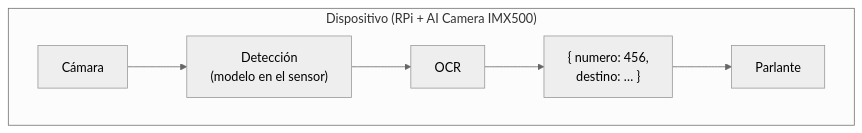
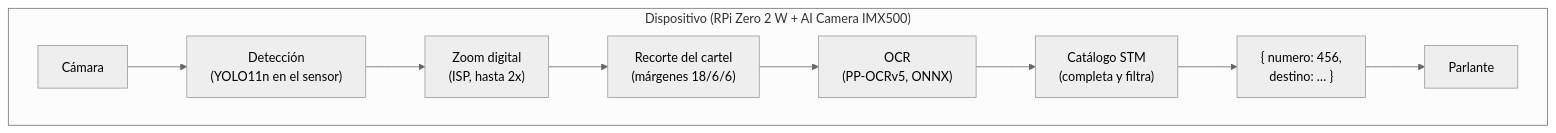
Before and after one commit to juanlu-a/viro_vision: the third of 4 diagrams in docs/architecture/README.md, drawn with Mermaid (neutral theme). The commit also changed other lines of this file and 57 other files, not shown here.

````diff
--- a/docs/architecture/README.md
+++ b/docs/architecture/README.md
@@ -109,10 +127,13 @@
 ```mermaid
 flowchart LR
-    subgraph HW["Dispositivo (RPi + AI Camera IMX500)"]
+    subgraph HW["Dispositivo (RPi Zero 2 W + AI Camera IMX500)"]
         direction LR
-        CAM["Cámara"] --> YOLO["Detección<br/>(modelo en el sensor)"]
-        YOLO --> OCR["OCR"]
-        OCR --> JSON["{ numero: 456,<br/>destino: … }"]
+        CAM["Cámara"] --> YOLO["Detección<br/>(YOLO11n en el sensor)"]
+        YOLO --> ZOOM["Zoom digital<br/>(ISP, hasta 2x)"]
+        ZOOM --> CROP["Recorte del cartel<br/>(márgenes 18/6/6)"]
+        CROP --> OCR["OCR<br/>(PP-OCRv5, ONNX)"]
+        OCR --> CAT["Catálogo STM<br/>(completa y filtra)"]
+        CAT --> JSON["{ numero: 456,<br/>destino: … }"]
         JSON --> SPK["Parlante"]
     end
 ```
````
